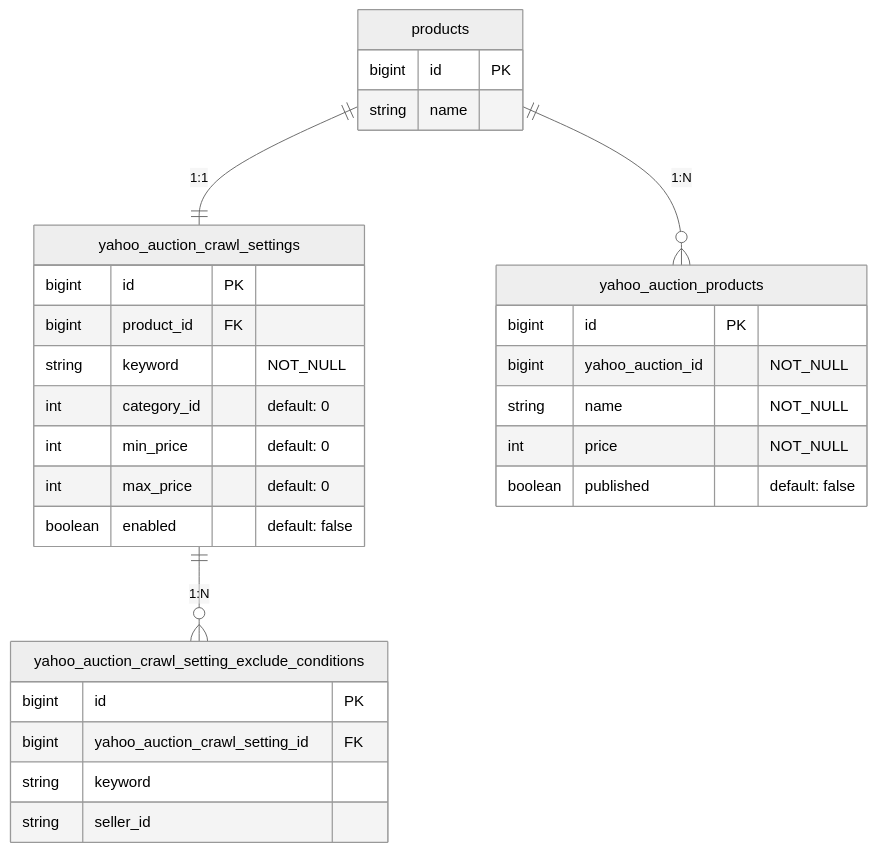
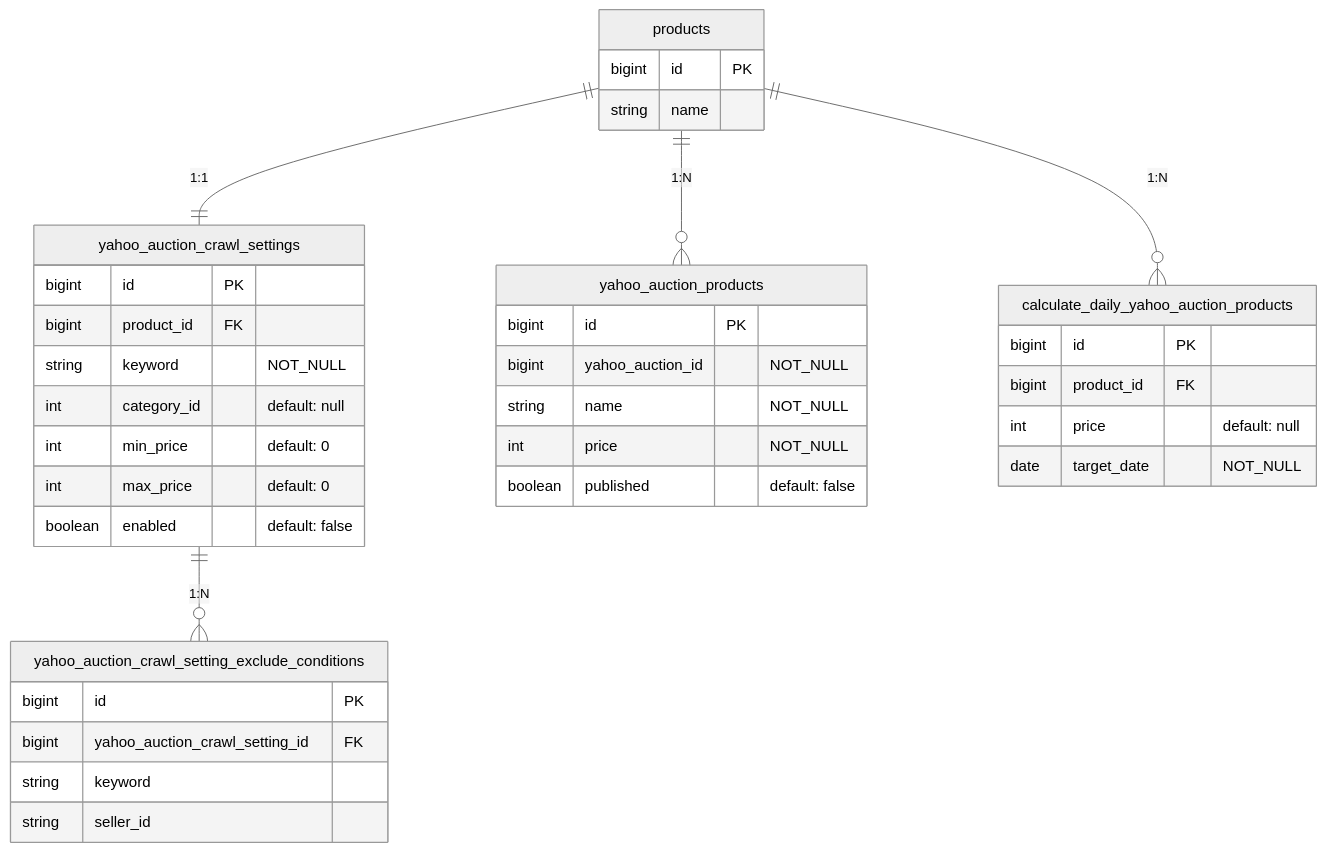
One commit to kuroweb/price-monitoring changed the second of 3 diagrams in README.md. Above: the diagram before and after it, drawn with Mermaid (neutral theme). The commit also changed other lines of this file and 5 other files, not shown here.

````diff
--- a/README.md
+++ b/README.md
@@ -74,33 +74,40 @@
 ```mermaid
 erDiagram
   products {
     bigint id PK
     string name
   }
   yahoo_auction_crawl_settings {
     bigint id PK
     bigint product_id FK
     string keyword "NOT_NULL"
-    int category_id "default: 0"
+    int category_id "default: null"
     int min_price "default: 0"
     int max_price "default: 0"
     boolean enabled "default: false"
   }
   yahoo_auction_crawl_setting_exclude_conditions {
     bigint id PK
     bigint yahoo_auction_crawl_setting_id FK
     string keyword
     string seller_id
   }
   yahoo_auction_products {
     bigint id PK
     bigint yahoo_auction_id "NOT_NULL"
     string name "NOT_NULL"
     int price "NOT_NULL"
     boolean published "default: false"
   }
+  calculate_daily_yahoo_auction_products {
+    bigint id PK
+    bigint product_id FK
+    int price "default: null"
+    date target_date "NOT_NULL"
+  }
 
   products ||--|| yahoo_auction_crawl_settings : "1:1"
   yahoo_auction_crawl_settings ||--o{ yahoo_auction_crawl_setting_exclude_conditions : "1:N"
   products ||--o{ yahoo_auction_products : "1:N"
+  products ||--o{ calculate_daily_yahoo_auction_products : "1:N"
 ```
````
